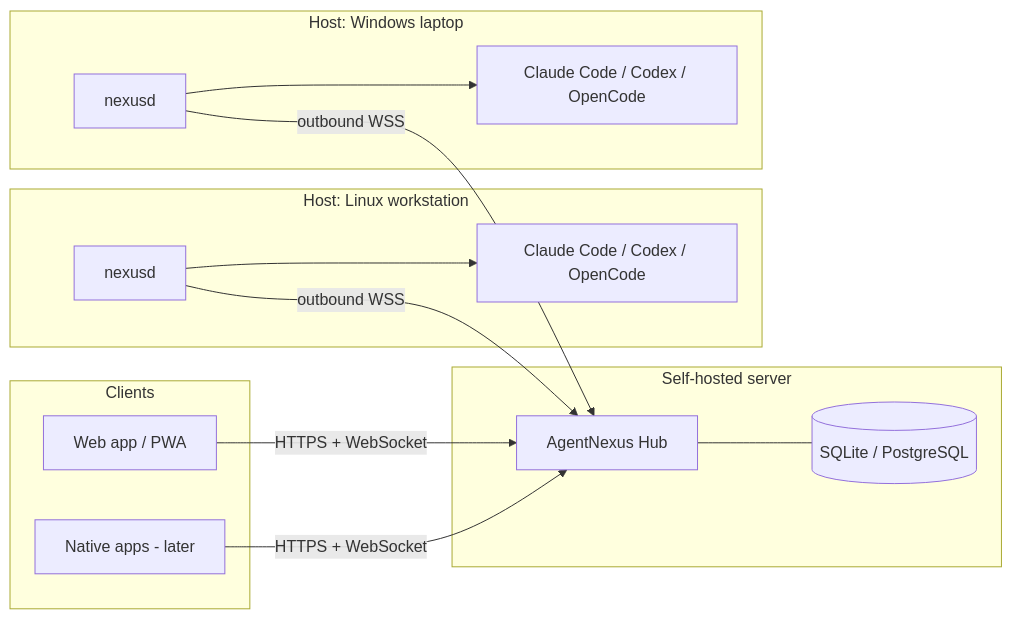
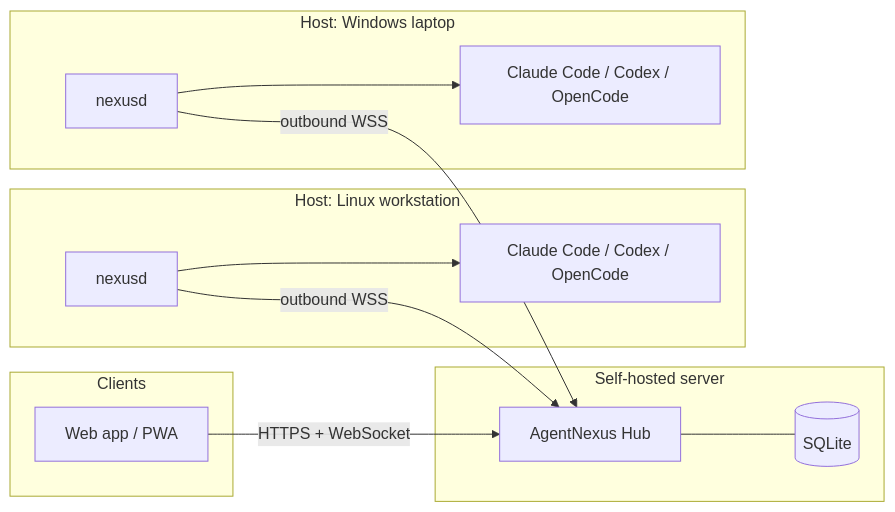
One commit to AlexanderWagnerDev/agent-nexus changed the diagram in README.md. Above: the diagram before and after it, drawn with Mermaid. The commit also changed other lines of this file and 7 other files, not shown here.

````diff
--- a/README.md
+++ b/README.md
@@ -64,22 +95,20 @@
 ```mermaid
 flowchart LR
     subgraph Clients
         B[Web app / PWA]
-        N[Native apps - later]
     end
     subgraph Server["Self-hosted server"]
         H[AgentNexus Hub]
-        DB[(SQLite / PostgreSQL)]
+        DB[(SQLite)]
     end
     subgraph HostA["Host: Linux workstation"]
         DA[nexusd] --> CA[Claude Code / Codex / OpenCode]
     end
     subgraph HostB["Host: Windows laptop"]
         DB2[nexusd] --> CB[Claude Code / Codex / OpenCode]
     end
     B -- HTTPS + WebSocket --> H
-    N -- HTTPS + WebSocket --> H
     H --- DB
     DA -- outbound WSS --> H
     DB2 -- outbound WSS --> H
 ```
````
